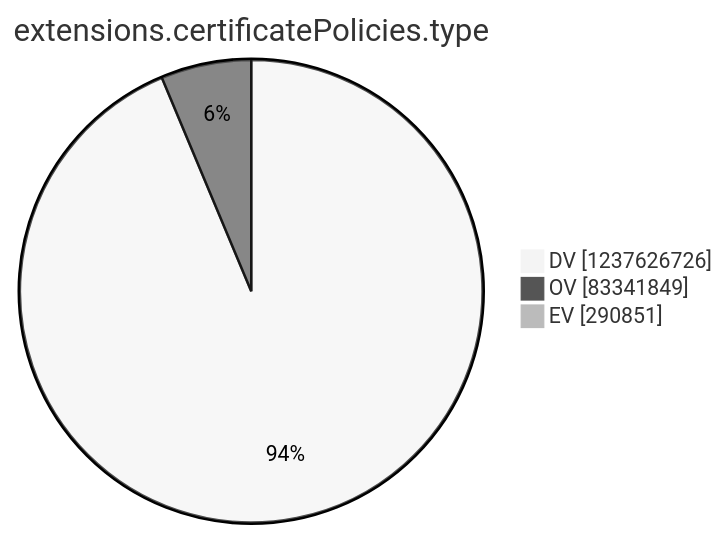
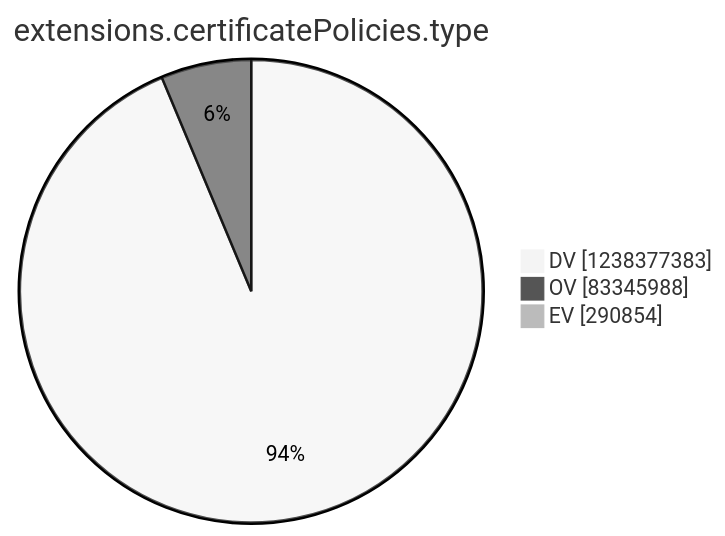
The tenth of 15 diagrams in argon2022/README.md (christiankrug/ctmonitor_visualization), drawn with Mermaid (neutral theme) before and after one commit. The commit also changed other lines of this file, not shown here.

````diff
--- a/argon2022/README.md
+++ b/argon2022/README.md
@@ -2771,7 +2771,7 @@
 ```mermaid
 pie showData
 title extensions.certificatePolicies.type
-"DV" :1237626726
-"OV" :83341849
-"EV" :290851
+"DV" :1238377383
+"OV" :83345988
+"EV" :290854
 ```
````
